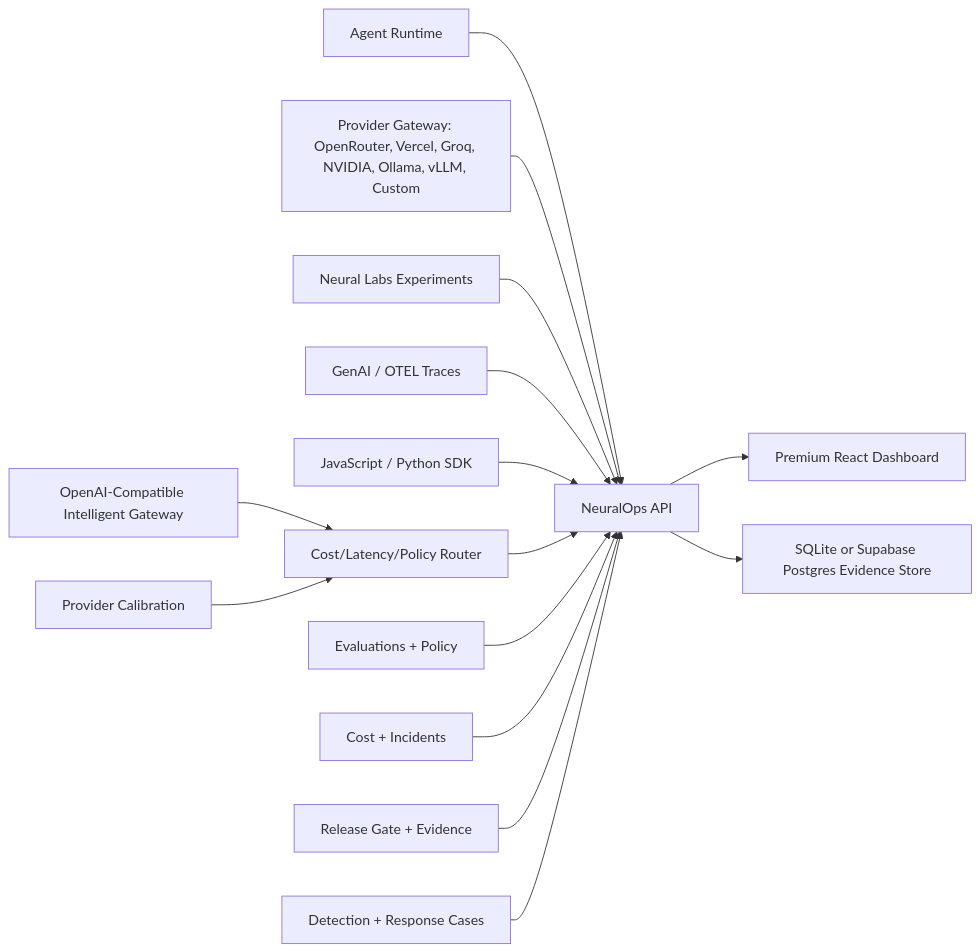
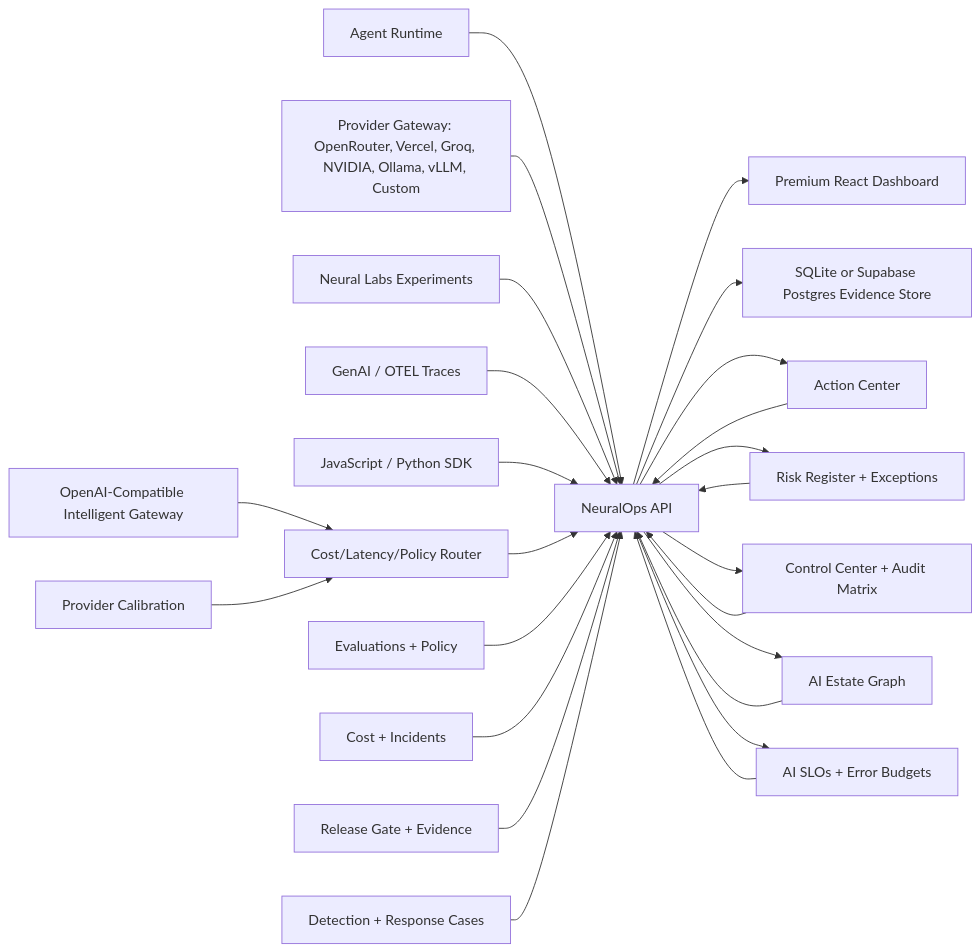
Before and after one commit to Gowrav-M/neuralops-platform: the diagram in README.md, drawn with Mermaid. The commit also changed other lines of this file and 17 other files, not shown here.

Commit message:
feat: add enterprise governance control center

````diff
--- a/README.md
+++ b/README.md
@@ -42,17 +52,27 @@
 ```mermaid
 flowchart LR
   A["Agent Runtime"] --> F["NeuralOps API"]
   B["Provider Gateway: OpenRouter, Vercel, Groq, NVIDIA, Ollama, vLLM, Custom"] --> F
   C["Neural Labs Experiments"] --> F
   D["GenAI / OTEL Traces"] --> F
   K["JavaScript / Python SDK"] --> F
   M["OpenAI-Compatible Intelligent Gateway"] --> N["Cost/Latency/Policy Router"]
   Q["Provider Calibration"] --> N
   N --> F
+  O["Action Center"] --> F
+  X["Risk Register + Exceptions"] --> F
+  Y["Control Center + Audit Matrix"] --> F
+  R["AI Estate Graph"] --> F
+  S["AI SLOs + Error Budgets"] --> F
   E["Evaluations + Policy"] --> F
   I["Cost + Incidents"] --> F
   J["Release Gate + Evidence"] --> F
   L["Detection + Response Cases"] --> F
   F --> G["Premium React Dashboard"]
   F --> H["SQLite or Supabase Postgres Evidence Store"]
+  F --> O
+  F --> X
+  F --> Y
+  F --> R
+  F --> S
 ```
````
